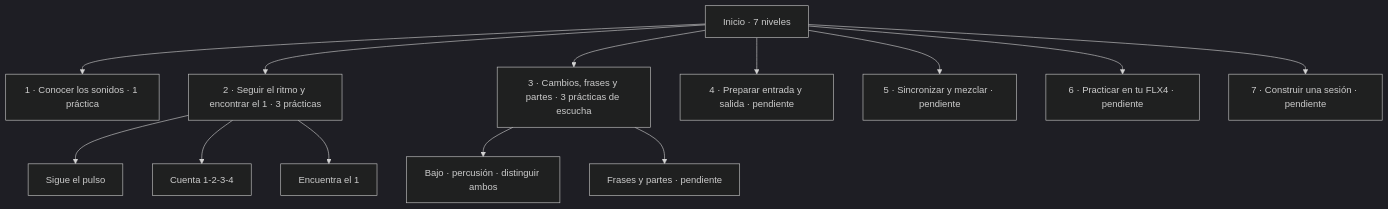
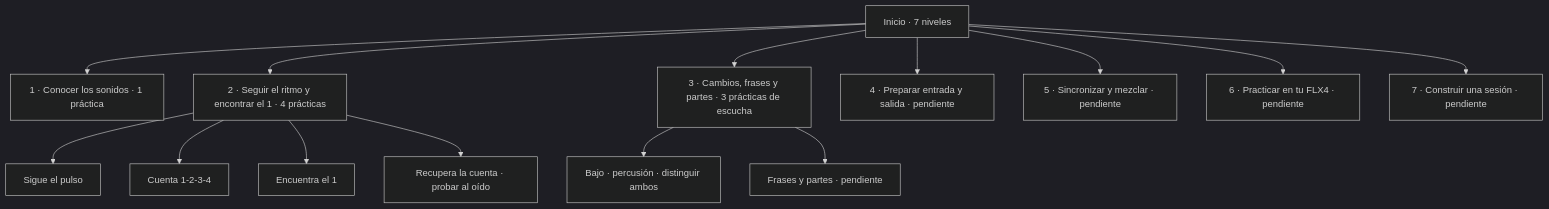
Before and after one commit to gutierrezbj/blueclue: the diagram in docs/MAPA.md, drawn with Mermaid (dark theme). The commit also changed other lines of this file and 7 other files, not shown here.

````diff
--- a/docs/MAPA.md
+++ b/docs/MAPA.md
@@ -8,15 +8,16 @@
 ```mermaid
 flowchart TD
     ROOT["Inicio · 7 niveles"] --> S["1 · Conocer los sonidos · 1 práctica"]
-    ROOT --> R["2 · Seguir el ritmo y encontrar el 1 · 3 prácticas"]
+    ROOT --> R["2 · Seguir el ritmo y encontrar el 1 · 4 prácticas"]
     R --> P["Sigue el pulso"]
     R --> C["Cuenta 1-2-3-4"]
     R --> O["Encuentra el 1"]
+    R --> Q["Recupera la cuenta · probar al oído"]
     ROOT --> L["3 · Cambios, frases y partes · 3 prácticas de escucha"]
     L --> B["Bajo · percusión · distinguir ambos"]
     L --> F["Frases y partes · pendiente"]
     ROOT --> E["4 · Preparar entrada y salida · pendiente"]
     ROOT --> M["5 · Sincronizar y mezclar · pendiente"]
     ROOT --> H["6 · Practicar en tu FLX4 · pendiente"]
     ROOT --> X["7 · Construir una sesión · pendiente"]
 ```
````
